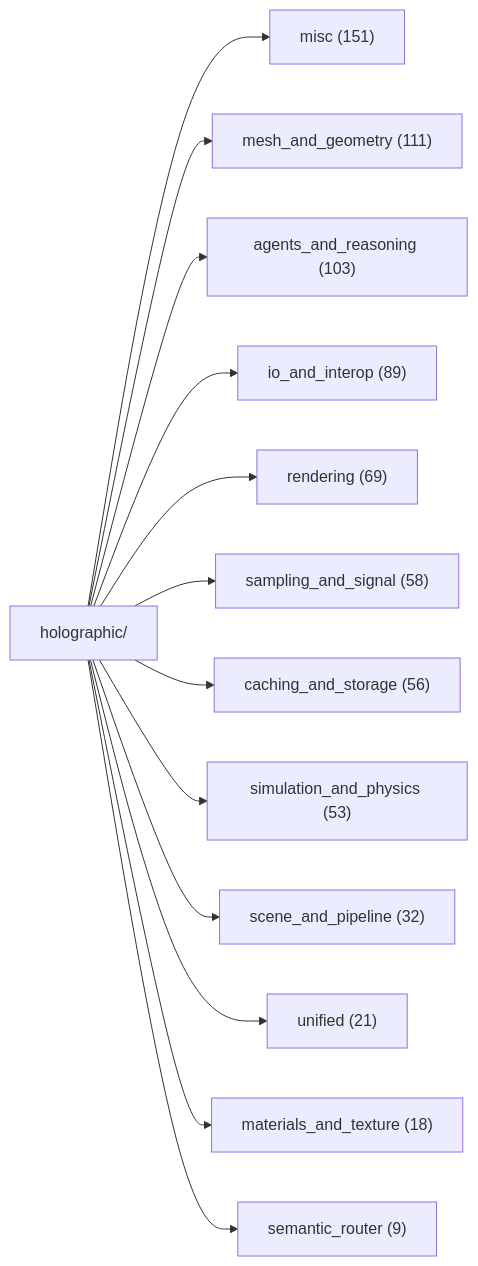
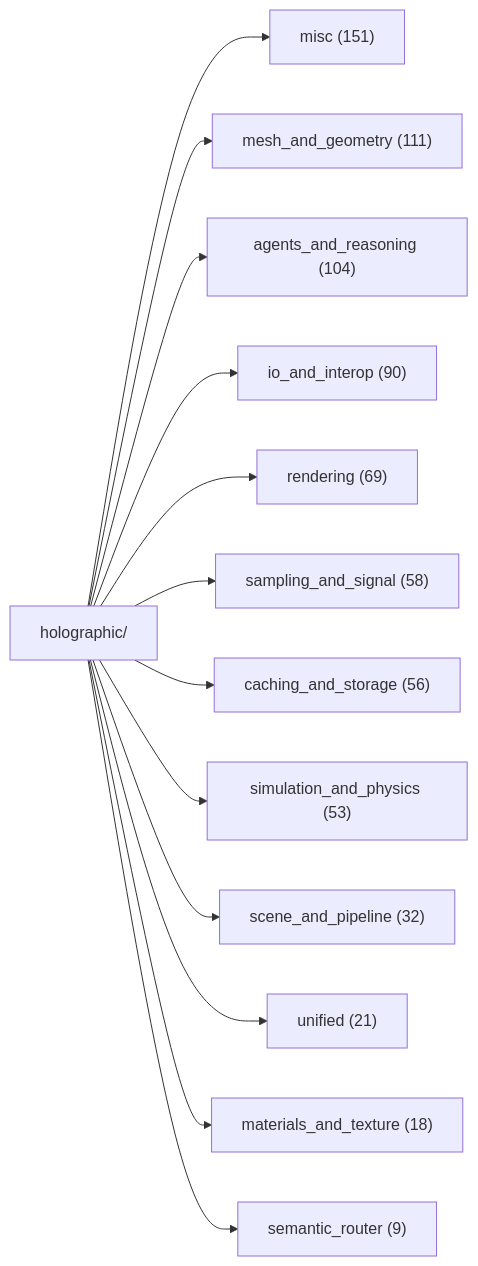
Before and after one commit to AnOversizedMooseWithSocks/leCore: the first of 2 diagrams in docs/DOC_MAP.md, drawn with Mermaid. The commit also changed other lines of this file and 57 other files, not shown here.

````diff
--- a/docs/DOC_MAP.md
+++ b/docs/DOC_MAP.md
@@ -39,16 +39,16 @@
 ```mermaid
 graph LR
     H[holographic/]
     H --> misc["misc (151)"]
     H --> mesh["mesh_and_geometry (111)"]
-    H --> agen["agents_and_reasoning (103)"]
-    H --> io_a["io_and_interop (89)"]
+    H --> agen["agents_and_reasoning (104)"]
+    H --> io_a["io_and_interop (90)"]
     H --> rend["rendering (69)"]
     H --> samp["sampling_and_signal (58)"]
     H --> cach["caching_and_storage (56)"]
     H --> simu["simulation_and_physics (53)"]
     H --> scen["scene_and_pipeline (32)"]
     H --> unif["unified (21)"]
     H --> mate["materials_and_texture (18)"]
     H --> sema["semantic_router (9)"]
 ```
````
